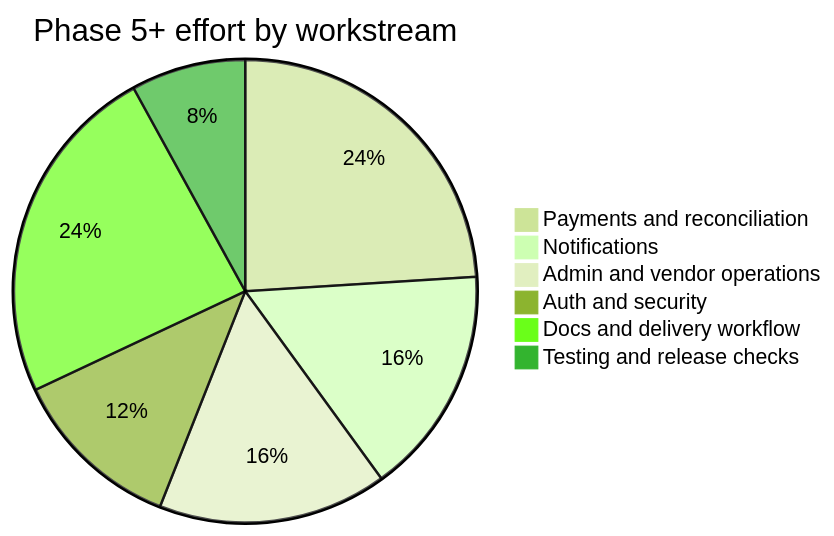
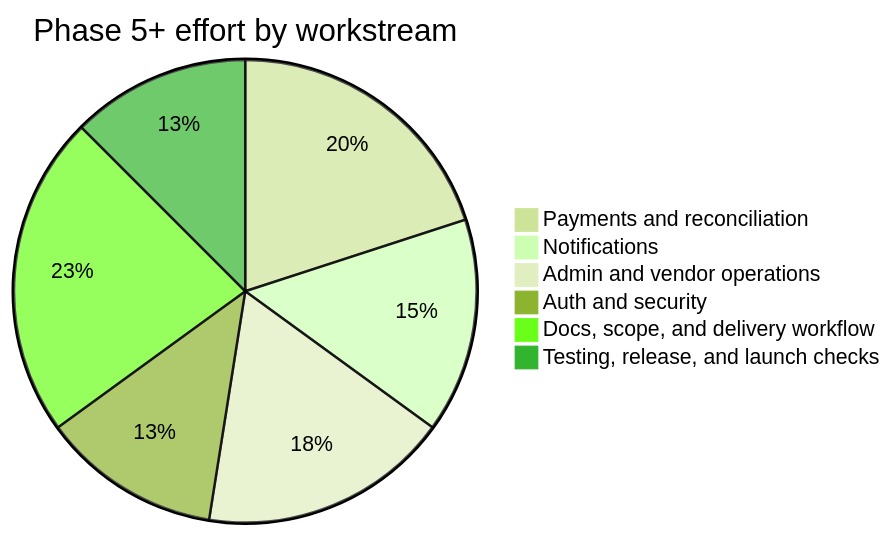
One commit to DK-Digital-Designs/skiip changed the second of 2 diagrams in docs/phase-5/PHASE_5_CLIENT_RECAP.md. Above: the diagram before and after it, drawn with Mermaid (forest theme). The commit also changed other lines of this file and 15 other files, not shown here.

````diff
--- a/docs/phase-5/PHASE_5_CLIENT_RECAP.md
+++ b/docs/phase-5/PHASE_5_CLIENT_RECAP.md
@@ -44,9 +58,9 @@
 ```mermaid
 pie title Phase 5+ effort by workstream
-    "Payments and reconciliation" : 6
-    "Notifications" : 4
-    "Admin and vendor operations" : 4
-    "Auth and security" : 3
-    "Docs and delivery workflow" : 6
-    "Testing and release checks" : 2
+    "Payments and reconciliation" : 8
+    "Notifications" : 6
+    "Admin and vendor operations" : 7
+    "Auth and security" : 5
+    "Docs, scope, and delivery workflow" : 9
+    "Testing, release, and launch checks" : 5
 ```
````
